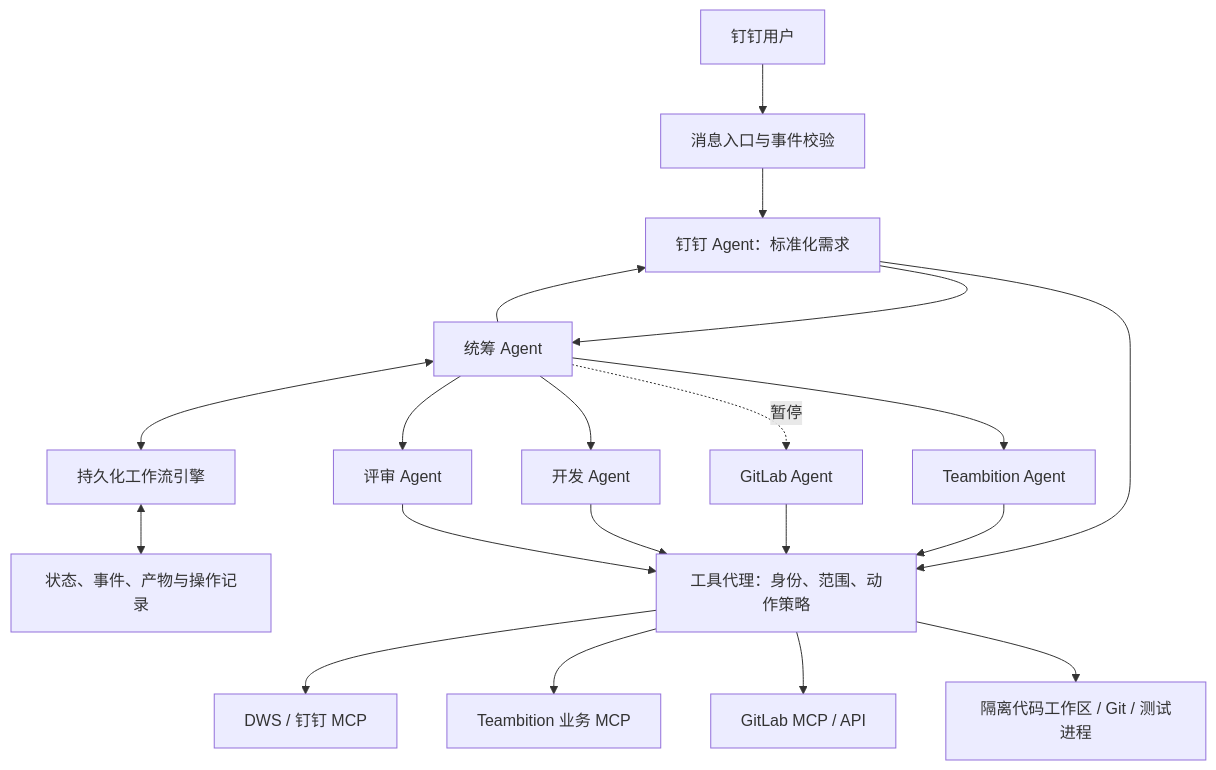
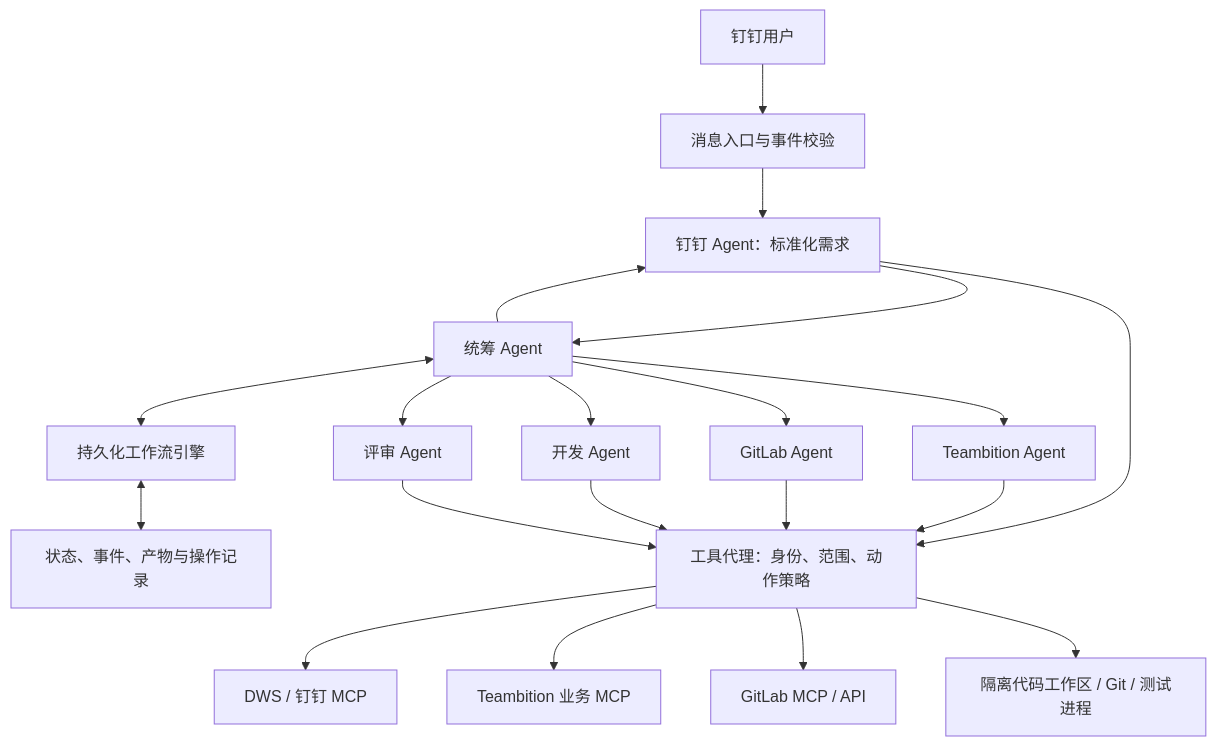
The diagram in docs/architecture.md (whl404/super-office-assistant), drawn with Mermaid before and after one commit. The commit also changed other lines of this file and 58 other files, not shown here.

First line of the commit message:
feat(agents): 启用 GitLab 角色并更新 MCP 工具配置

````diff
--- a/docs/architecture.md
+++ b/docs/architecture.md
@@ -13,22 +13,22 @@
 ```mermaid
 flowchart TD
     U[钉钉用户] --> IN[消息入口与事件校验]
     IN --> DD[钉钉 Agent：标准化需求]
     DD --> O[统筹 Agent]
     O --> DD
     O --> TB[Teambition Agent]
-    O -. 暂停 .-> GL[GitLab Agent]
+    O --> GL[GitLab Agent]
     O --> DEV[开发 Agent]
     O --> REV[评审 Agent]
     O <--> WF[持久化工作流引擎]
     WF <--> DB[状态、事件、产物与操作记录]
     DD --> GW[工具代理：身份、范围、动作策略]
     TB --> GW
     GL --> GW
     DEV --> GW
     REV --> GW
     GW --> DT[DWS / 钉钉 MCP]
     GW --> TM[Teambition 业务 MCP]
     GW --> GM[GitLab MCP / API]
     GW --> ENV[隔离代码工作区 / Git / 测试进程]
 ```
````
